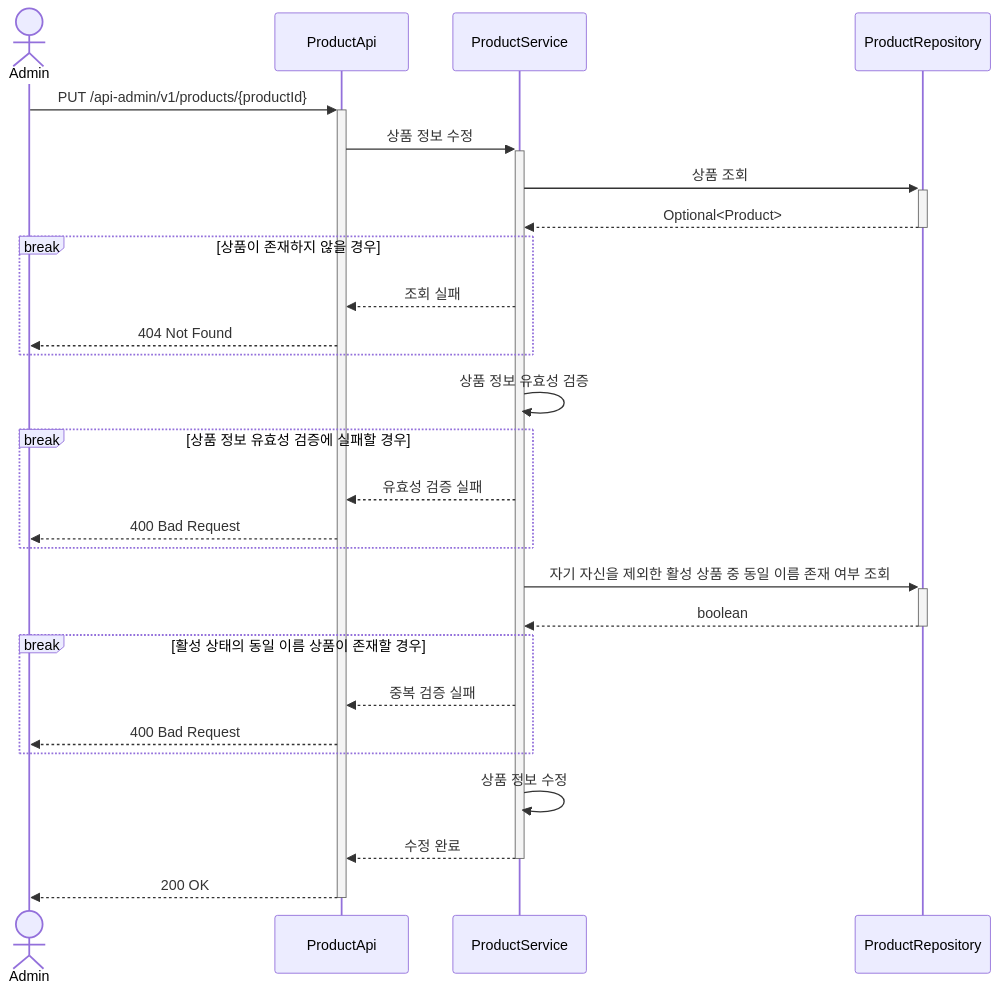
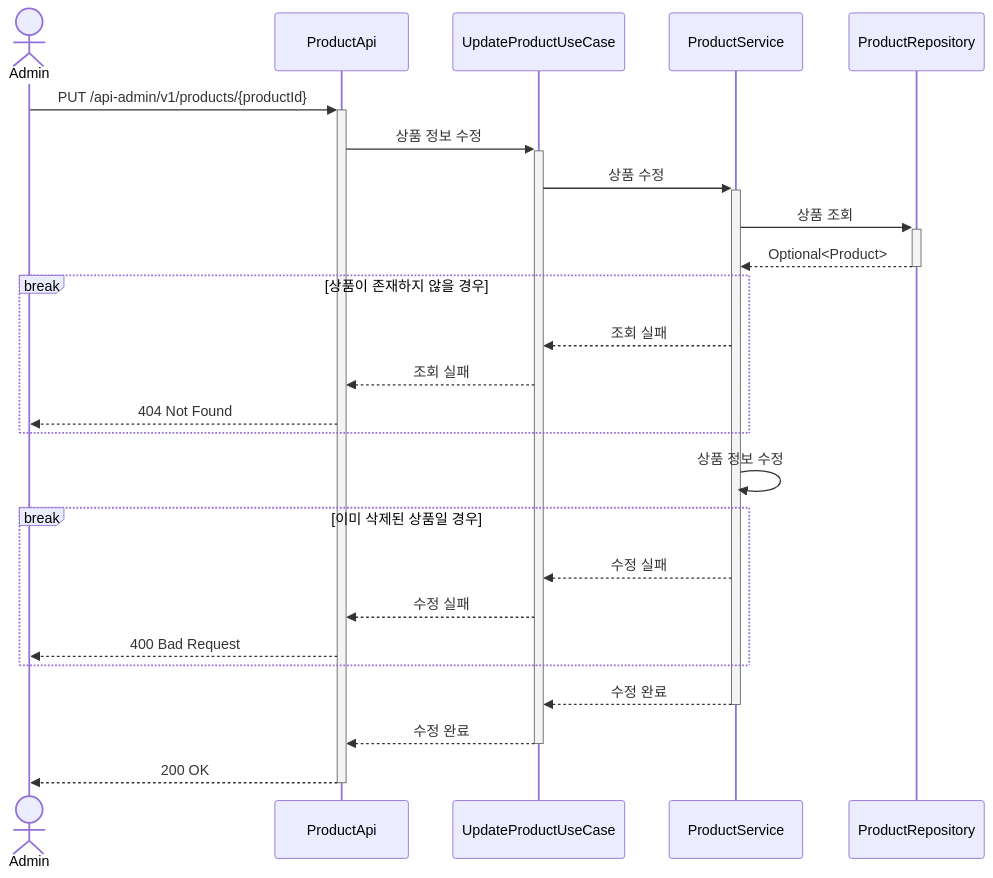
One commit to Loopers-dev-lab/loop-pack-be-l2-vol3-java changed diagram 12 of 23 in .docs/design/02-sequence-diagrams.md. Above: the diagram before and after it, drawn with Mermaid. The commit also changed other lines of this file and 143 other files, not shown here.

````diff
--- a/.docs/design/02-sequence-diagrams.md
+++ b/.docs/design/02-sequence-diagrams.md
@@ -398,36 +422,32 @@
 ```mermaid
 sequenceDiagram
     actor Admin
     participant ProductApi
+    participant UpdateProductUseCase
     participant ProductService
     participant ProductRepository
 
     Admin ->>+ ProductApi: PUT /api-admin/v1/products/{productId}
-    ProductApi ->>+ ProductService: 상품 정보 수정
+    ProductApi ->>+ UpdateProductUseCase: 상품 정보 수정
+    UpdateProductUseCase ->>+ ProductService: 상품 수정
     ProductService ->>+ ProductRepository: 상품 조회
     ProductRepository -->>- ProductService: Optional<Product>
 
     break 상품이 존재하지 않을 경우
-        ProductService -->> ProductApi: 조회 실패
+        ProductService -->> UpdateProductUseCase: 조회 실패
+        UpdateProductUseCase -->> ProductApi: 조회 실패
         ProductApi -->> Admin: 404 Not Found
     end
 
-    ProductService ->> ProductService: 상품 정보 유효성 검증
+    ProductService ->> ProductService: 상품 정보 수정
 
-    break 상품 정보 유효성 검증에 실패할 경우
-        ProductService -->> ProductApi: 유효성 검증 실패
+    break 이미 삭제된 상품일 경우
+        ProductService -->> UpdateProductUseCase: 수정 실패
+        UpdateProductUseCase -->> ProductApi: 수정 실패
         ProductApi -->> Admin: 400 Bad Request
     end
 
-    ProductService ->>+ ProductRepository: 자기 자신을 제외한 활성 상품 중 동일 이름 존재 여부 조회
-    ProductRepository -->>- ProductService: boolean
-
-    break 활성 상태의 동일 이름 상품이 존재할 경우
-        ProductService -->> ProductApi: 중복 검증 실패
-        ProductApi -->> Admin: 400 Bad Request
-    end
-
-    ProductService ->> ProductService: 상품 정보 수정
-    ProductService -->>- ProductApi: 수정 완료
+    ProductService -->>- UpdateProductUseCase: 수정 완료
+    UpdateProductUseCase -->>- ProductApi: 수정 완료
     ProductApi -->>- Admin: 200 OK
 ```
````
